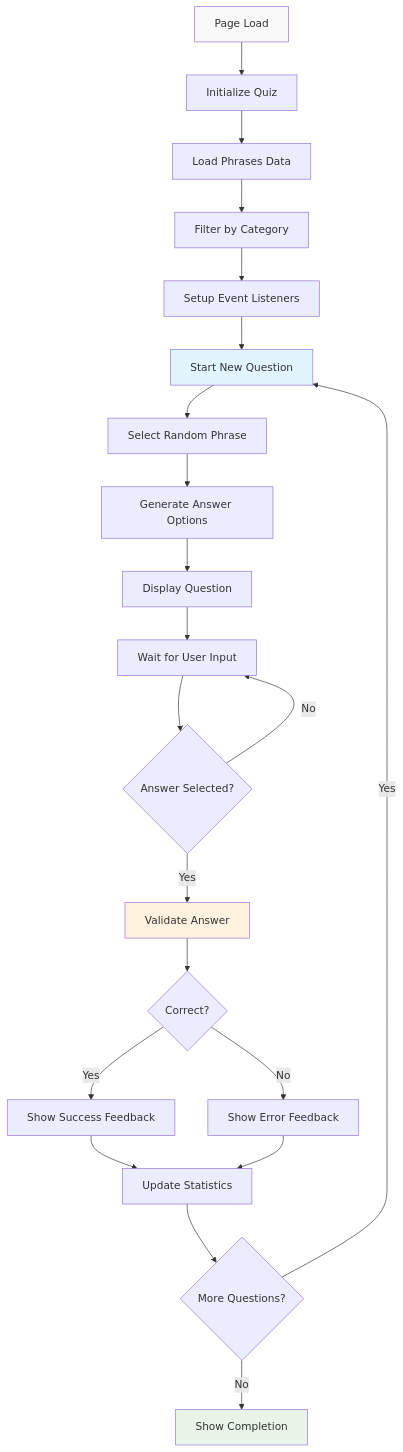
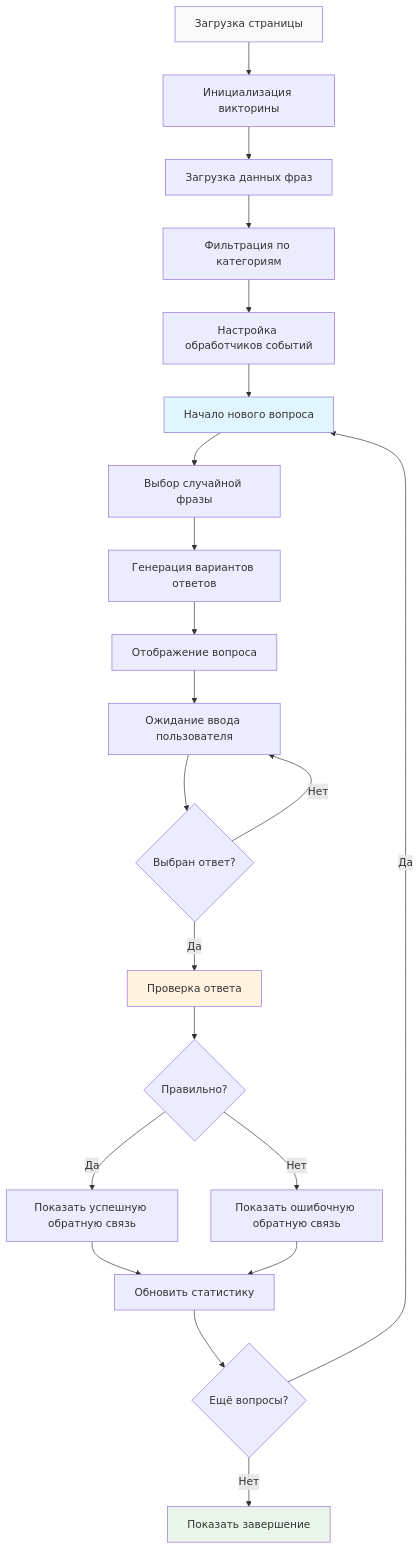
One commit to akrupko/frazeologizms changed the diagram in wiki/Quiz-Functionality.md. Above: the diagram before and after it, drawn with Mermaid. The commit also changed other lines of this file and 7 other files, not shown here.

````diff
--- a/wiki/Quiz-Functionality.md
+++ b/wiki/Quiz-Functionality.md
@@ -27,32 +27,32 @@
 ```mermaid
 flowchart TD
-    A[Page Load] --> B[Initialize Quiz]
-    B --> C[Load Phrases Data]
-    C --> D[Filter by Category]
-    D --> E[Setup Event Listeners]
-    E --> F[Start New Question]
+    A[Загрузка страницы] --> B[Инициализация викторины]
+    B --> C[Загрузка данных фраз]
+    C --> D[Фильтрация по категориям]
+    D --> E[Настройка обработчиков событий]
+    E --> F[Начало нового вопроса]
     
-    F --> G[Select Random Phrase]
-    G --> H[Generate Answer Options]
-    H --> I[Display Question]
-    I --> J[Wait for User Input]
+    F --> G[Выбор случайной фразы]
+    G --> H[Генерация вариантов ответов]
+    H --> I[Отображение вопроса]
+    I --> J[Ожидание ввода пользователя]
     
-    J --> K{Answer Selected?}
-    K -->|Yes| L[Validate Answer]
-    K -->|No| J
+    J --> K{Выбран ответ?}
+    K -->|Да| L[Проверка ответа]
+    K -->|Нет| J
     
-    L --> M{Correct?}
-    M -->|Yes| N[Show Success Feedback]
-    M -->|No| O[Show Error Feedback]
+    L --> M{Правильно?}
+    M -->|Да| N[Показать успешную обратную связь]
+    M -->|Нет| O[Показать ошибочную обратную связь]
     
-    N --> P[Update Statistics]
+    N --> P[Обновить статистику]
     O --> P
-    P --> Q{More Questions?}
-    Q -->|Yes| F
-    Q -->|No| R[Show Completion]
+    P --> Q{Ещё вопросы?}
+    Q -->|Да| F
+    Q -->|Нет| R[Показать завершение]
     
     style A fill:#f9f9f9
     style F fill:#e1f5fe
     style L fill:#fff3e0
     style R fill:#e8f5e8
 ```
````
